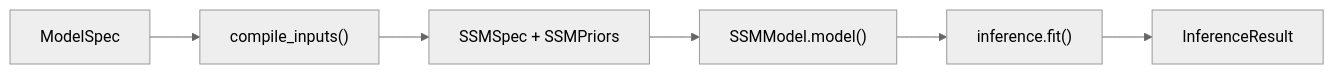
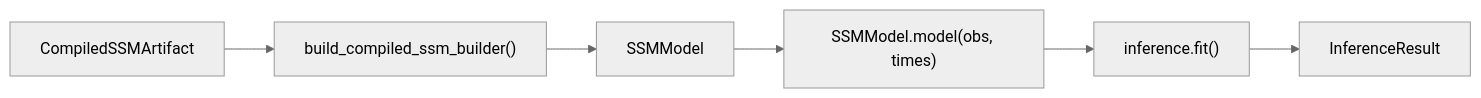
The diagram in docs/reference/estimation.md (ma9o/causal-ssm-agent), drawn with Mermaid (neutral theme) before and after one commit. The commit also changed other lines of this file and 3 other files, not shown here.

````diff
--- a/docs/reference/estimation.md
+++ b/docs/reference/estimation.md
@@ -98,8 +101,8 @@
 ```mermaid
 flowchart LR
-    A["ModelSpec"] --> B["compile_inputs()"]
-    B --> C["SSMSpec + SSMPriors"]
-    C --> D["SSMModel.model()"]
+    A["CompiledSSMArtifact"] --> B["build_compiled_ssm_builder()"]
+    B --> C["SSMModel"]
+    C --> D["SSMModel.model(obs, times)"]
     D --> E["inference.fit()"]
     E --> F["InferenceResult"]
 ```
````
